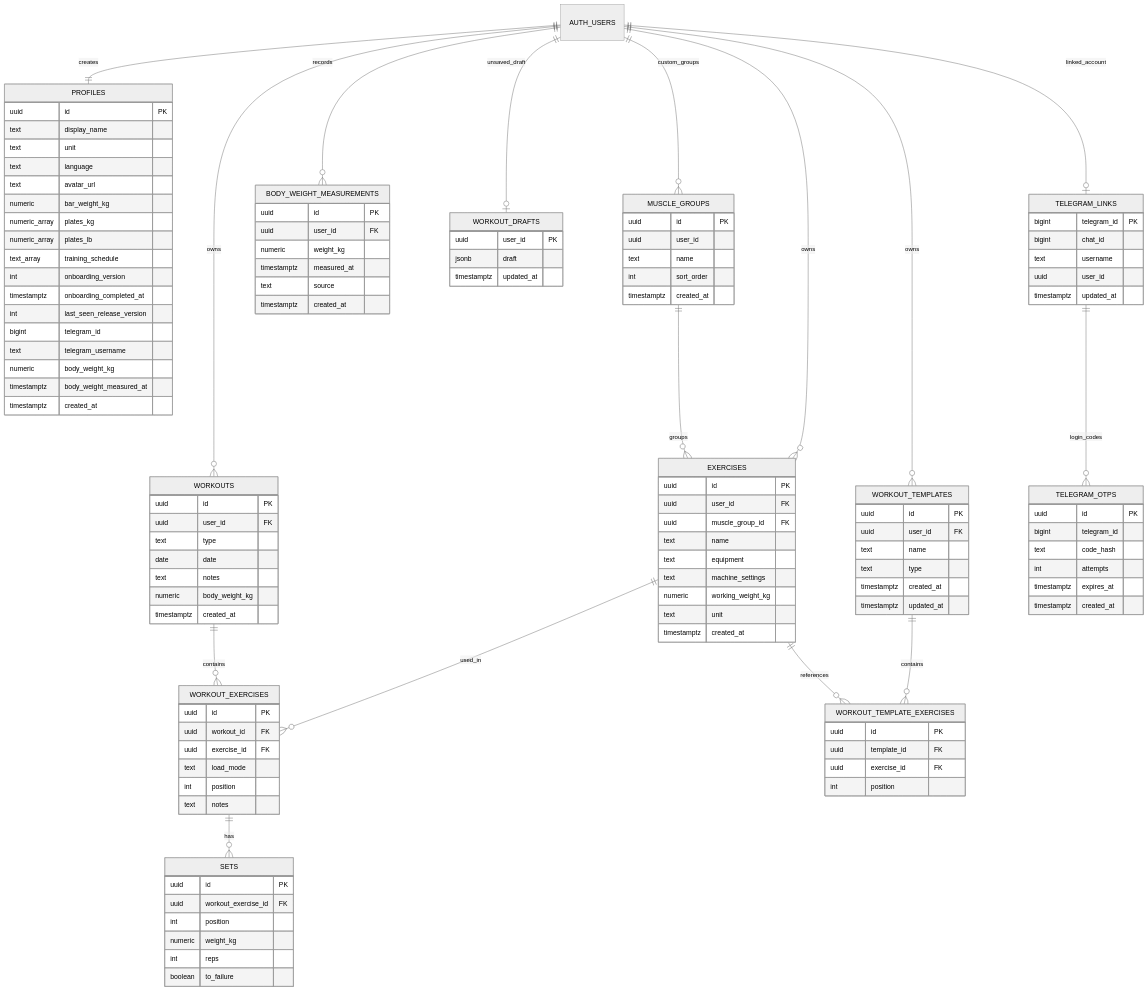
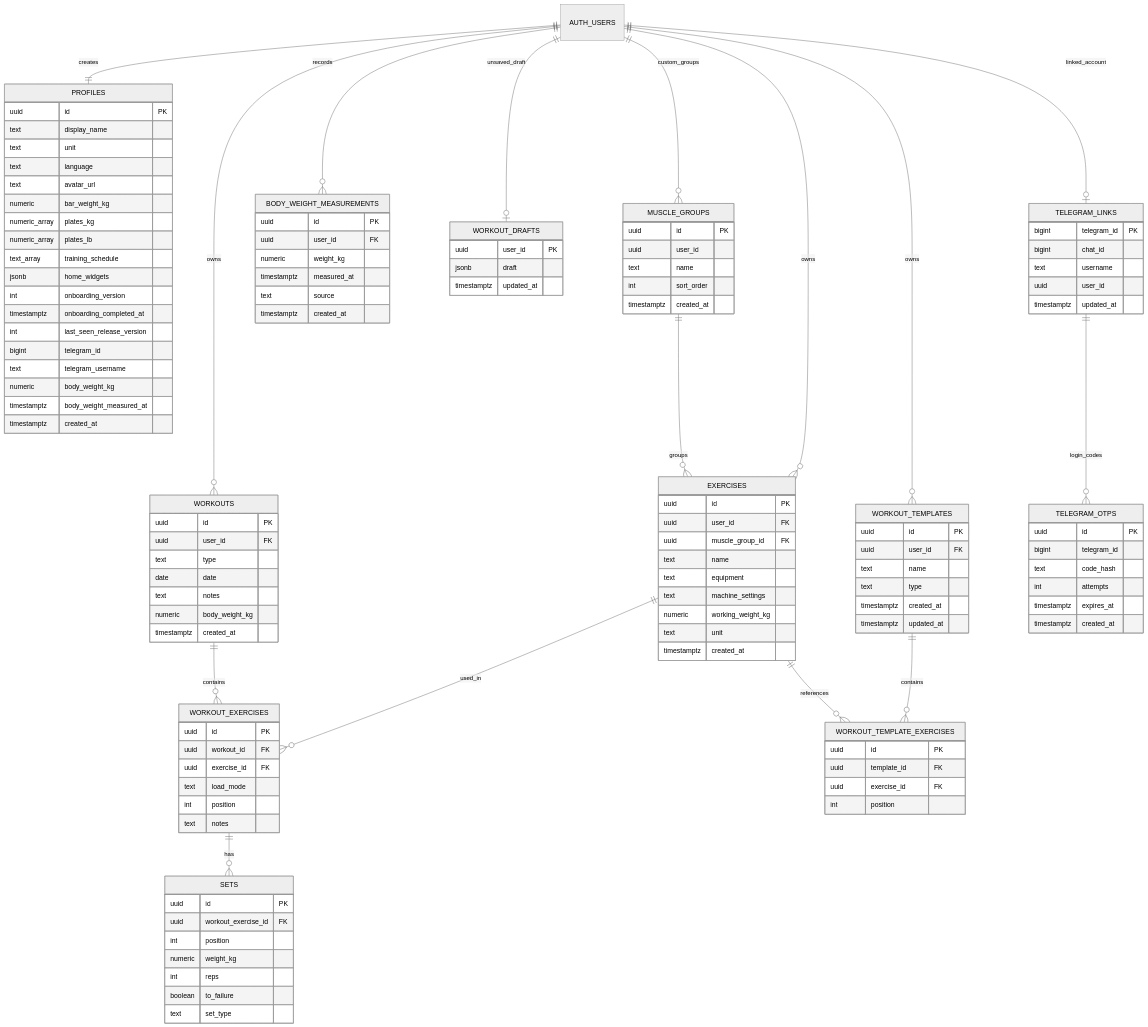
One commit to deepstructured/deep-gym changed the second of 6 diagrams in docs/APP_SCHEMA_RU.md. Above: the diagram before and after it, drawn with Mermaid (neutral theme). The commit also changed other lines of this file and 120 other files, not shown here.

First line of the commit message:
v1.6.0 - Customizable home, Progress tab, interactive charts & warm-up sets

```diff
--- a/docs/APP_SCHEMA_RU.md
+++ b/docs/APP_SCHEMA_RU.md
@@ -240,6 +258,7 @@
     numeric_array plates_kg
     numeric_array plates_lb
     text_array training_schedule
+    jsonb home_widgets
     int onboarding_version
     timestamptz onboarding_completed_at
     int last_seen_release_version
@@ -296,6 +315,7 @@
     numeric weight_kg
     int reps
     boolean to_failure
+    text set_type
   }
 
   WORKOUT_DRAFTS {
```
